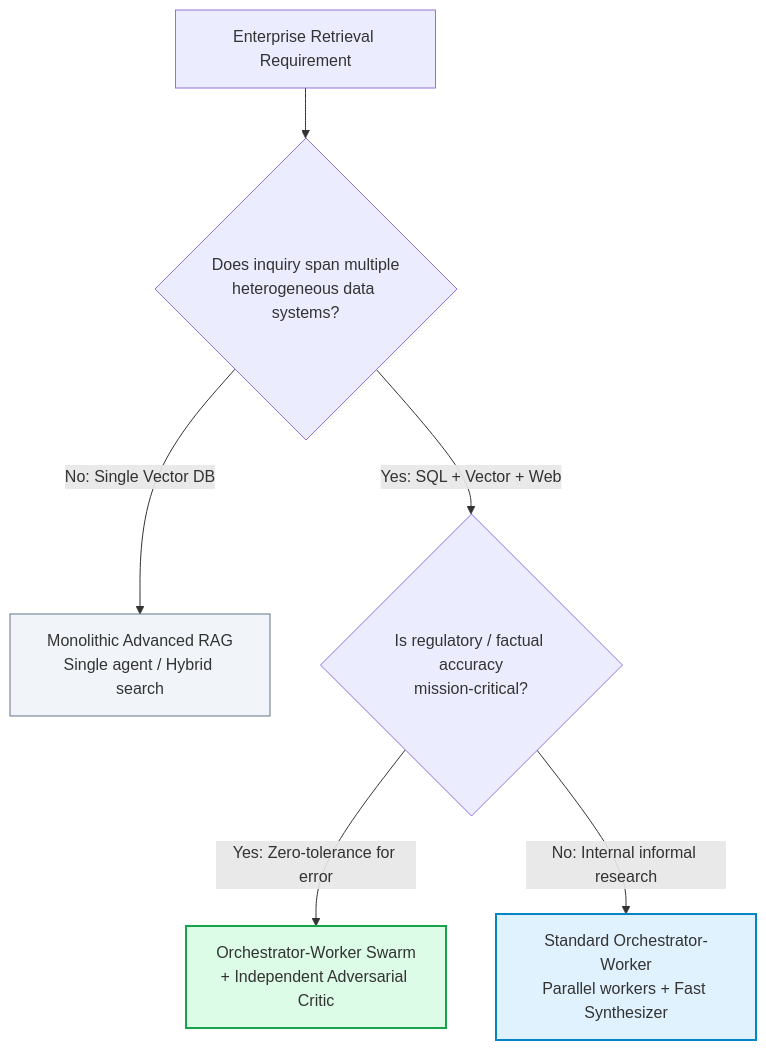
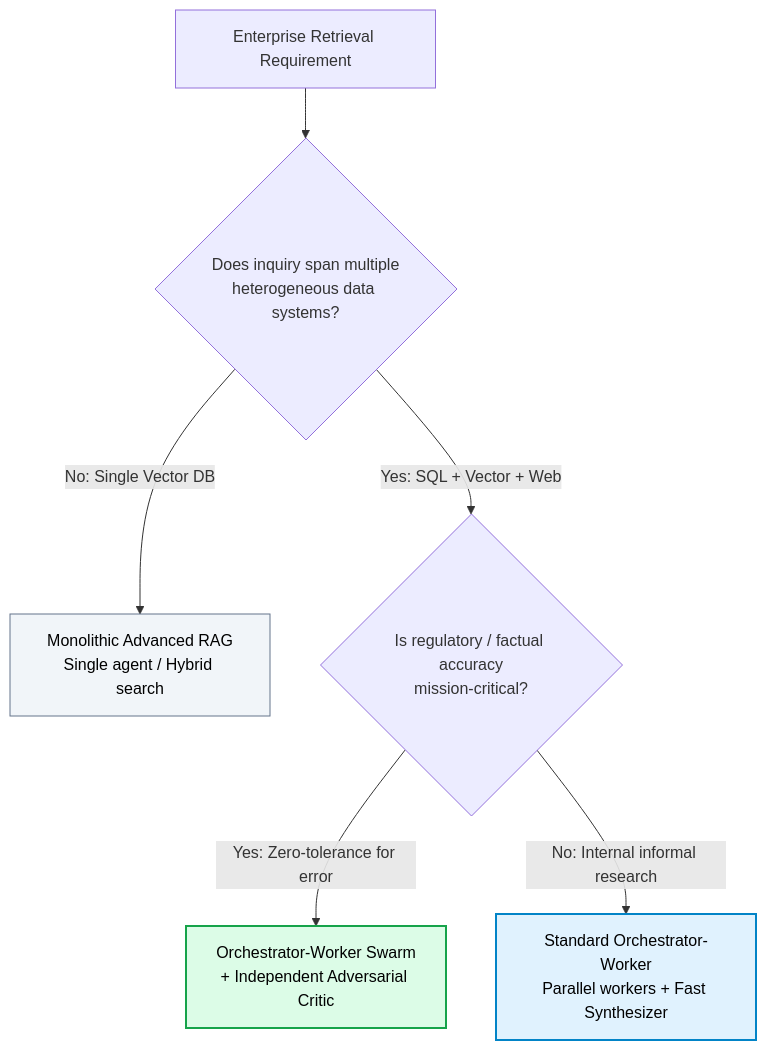
The fifth of 5 diagrams in 07-Agentic-RAG/Multi-Agent-RAG.md (swapnil3104/RAG-Engineering), drawn with Mermaid before and after one commit. The commit also changed other lines of this file and 108 other files, not shown here.

Commit message:
fix: make chart text visible across all Mermaid diagrams and resolve markdown table formatting issues

````diff
--- a/07-Agentic-RAG/Multi-Agent-RAG.md
+++ b/07-Agentic-RAG/Multi-Agent-RAG.md
@@ -518,15 +518,15 @@
 ```mermaid
 flowchart TD
     Req[Enterprise Retrieval Requirement] --> Q1{"Does inquiry span multiple<br/>heterogeneous data systems?"}
     
     Q1 -->|No: Single Vector DB| Monolith[Monolithic Advanced RAG<br/>Single agent / Hybrid search]
     
     Q1 -->|Yes: SQL + Vector + Web| Q2{"Is regulatory / factual accuracy<br/>mission-critical?"}
     
     Q2 -->|Yes: Zero-tolerance for error| FullSwarm[Orchestrator-Worker Swarm<br/>+ Independent Adversarial Critic]
     Q2 -->|No: Internal informal research| OrchOnly[Standard Orchestrator-Worker<br/>Parallel workers + Fast Synthesizer]
 
-    style Monolith fill:#f1f5f9,stroke:#64748b,stroke-width:1px
-    style OrchOnly fill:#e0f2fe,stroke:#0284c7,stroke-width:2px
-    style FullSwarm fill:#dcfce7,stroke:#16a34a,stroke-width:2px
+    style Monolith fill:#f1f5f9,stroke:#64748b,stroke-width:1px,color:#000000
+    style OrchOnly fill:#e0f2fe,stroke:#0284c7,stroke-width:2px,color:#000000
+    style FullSwarm fill:#dcfce7,stroke:#16a34a,stroke-width:2px,color:#000000
 ```
````
